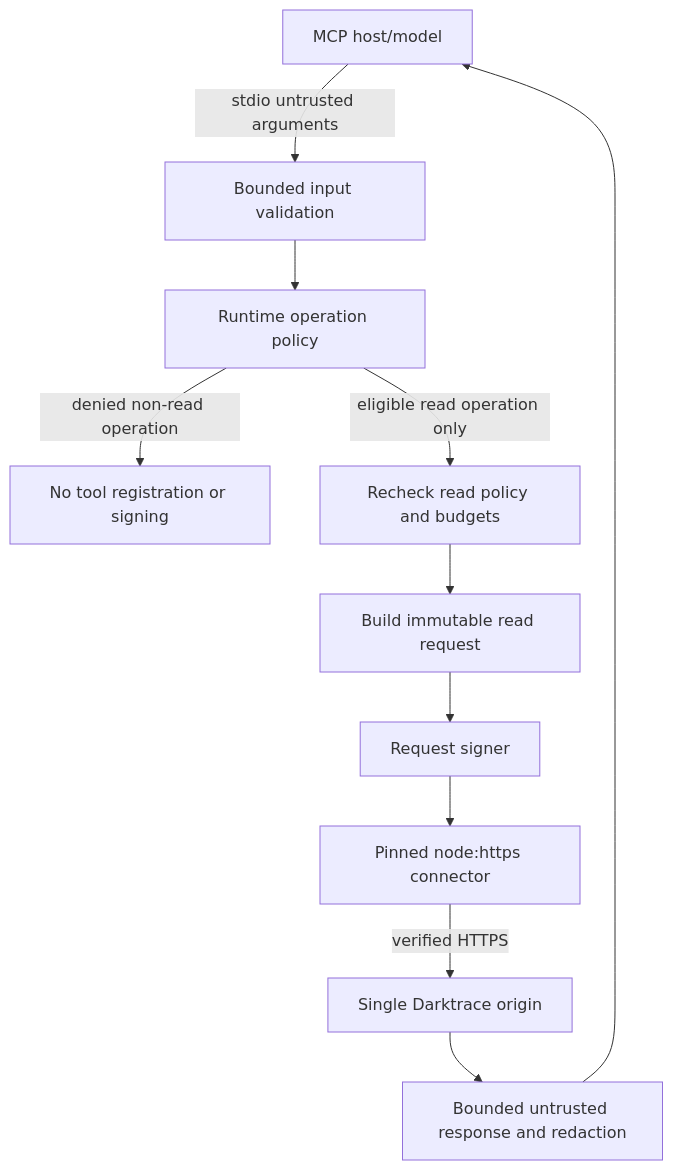
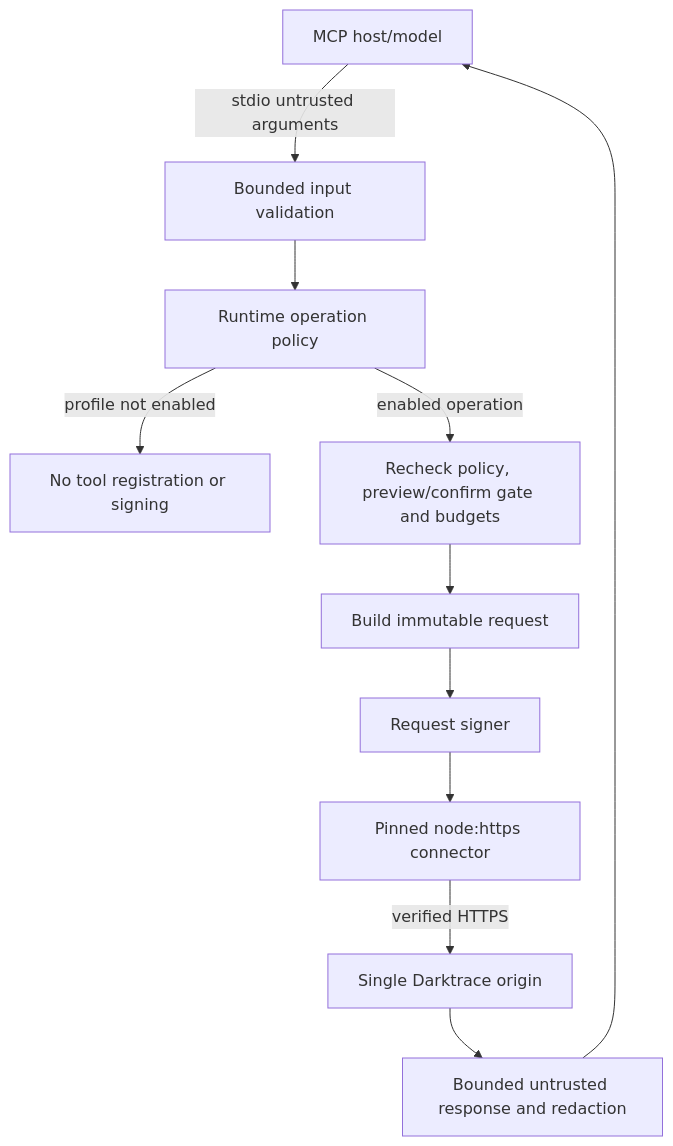
One commit to nuoframework/darktrace-mcp changed the fourth of 4 diagrams in docs/architecture.md. Above: the diagram before and after it, drawn with Mermaid. The commit also changed other lines of this file and 36 other files, not shown here.

````diff
--- a/docs/architecture.md
+++ b/docs/architecture.md
@@ -141,13 +126,13 @@
 ```mermaid
 flowchart TB
     H[MCP host/model] -->|stdio untrusted arguments| V[Bounded input validation]
     V --> P[Runtime operation policy]
-    P -->|denied non-read operation| D[No tool registration or signing]
-    P -->|eligible read operation only| O[Recheck read policy and budgets]
-    O --> B[Build immutable read request]
+    P -->|profile not enabled| D[No tool registration or signing]
+    P -->|enabled operation| O[Recheck policy, preview/confirm gate and budgets]
+    O --> B[Build immutable request]
     B --> S[Request signer]
     S --> N[Pinned node:https connector]
     N -->|verified HTTPS| DT[Single Darktrace origin]
     DT --> R[Bounded untrusted response and redaction]
     R --> H
 ```
````
